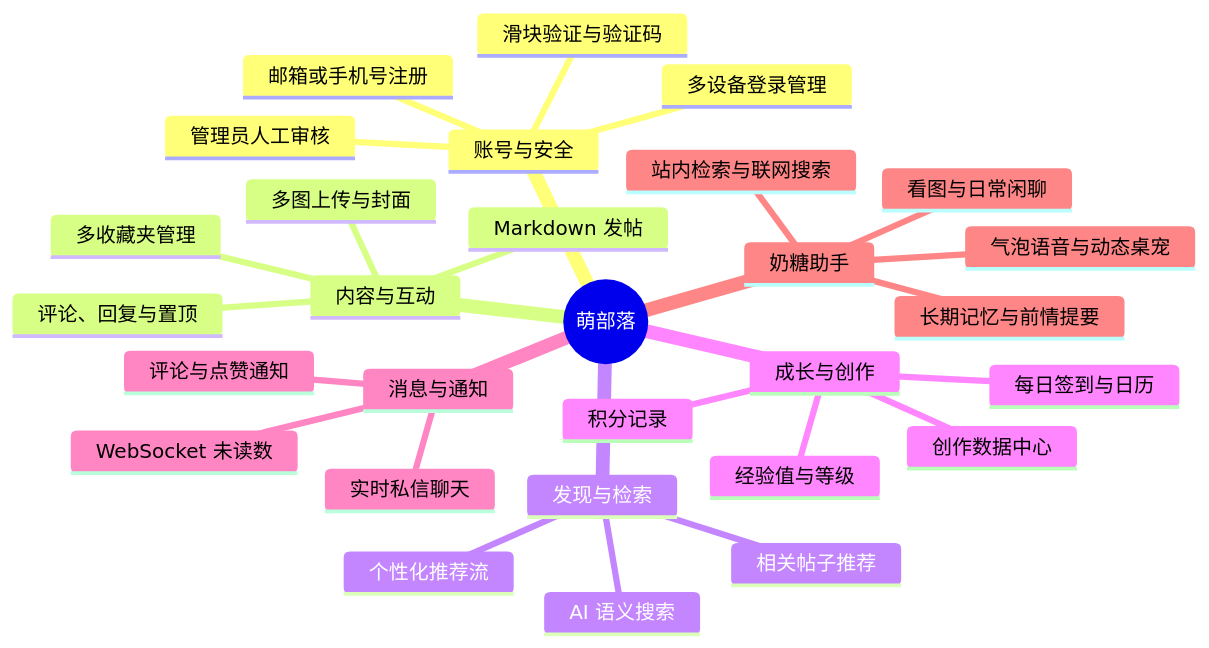
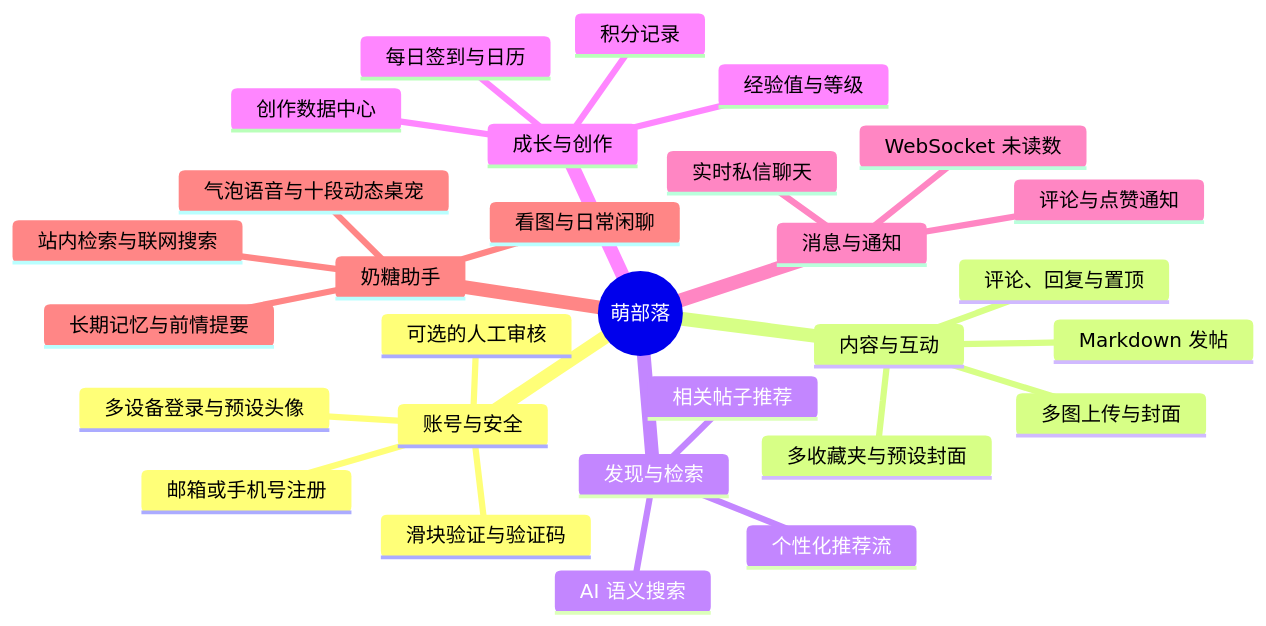
One commit to pluchon/link_cloudfare_website changed the first of 15 diagrams in src/content/project/硅基计划 个人项目介绍 萌部落社区 AI全栈+奶糖助手.md. Above: the diagram before and after it, drawn with Mermaid. The commit also changed other lines of this file and 13 other files, not shown here.

````diff
--- a/src/content/project/硅基计划 个人项目介绍 萌部落社区 AI全栈+奶糖助手.md
+++ b/src/content/project/硅基计划 个人项目介绍 萌部落社区 AI全栈+奶糖助手.md
@@ -29,32 +29,32 @@
 ```mermaid
 mindmap
   root((萌部落))
     账号与安全
       邮箱或手机号注册
       滑块验证与验证码
-      管理员人工审核
-      多设备登录管理
+      可选的人工审核
+      多设备登录与预设头像
     内容与互动
       Markdown 发帖
       多图上传与封面
       评论、回复与置顶
-      多收藏夹管理
+      多收藏夹与预设封面
     发现与检索
       个性化推荐流
       AI 语义搜索
       相关帖子推荐
     成长与创作
       每日签到与日历
       经验值与等级
       积分记录
       创作数据中心
     消息与通知
       实时私信聊天
       评论与点赞通知
       WebSocket 未读数
     奶糖助手
       看图与日常闲聊
       站内检索与联网搜索
       长期记忆与前情提要
-      气泡语音与动态桌宠
+      气泡语音与十段动态桌宠
 ```
````
